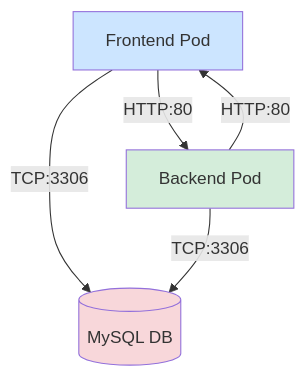
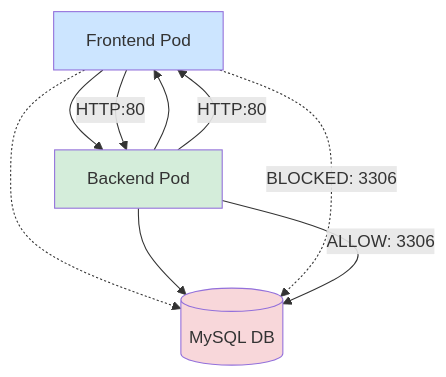
Before and after one commit to charankumar5/kubernetes-tutorial: the first of 2 diagrams in networkpolicies/readme.md, drawn with Mermaid.

Commit message:
network policies

````diff
--- a/networkpolicies/readme.md
+++ b/networkpolicies/readme.md
@@ -19,11 +19,17 @@
 ```mermaid
 graph TD
-    F[Frontend Pod] -->|HTTP:80| B[Backend Pod]
-    F -->|TCP:3306| DB[(MySQL DB)]
-    B -->|TCP:3306| DB
+    F[Frontend Pod] -.-> DB[(MySQL DB)]
+    B[Backend Pod] --> DB
+    F --> B
+    B --> F
+
+    %% Labels (separate for compatibility)
+    F -.->|BLOCKED: 3306| DB
+    B -->|ALLOW: 3306| DB
+    F -->|HTTP:80| B
     B -->|HTTP:80| F
 
     style F fill:#cce5ff
     style B fill:#d4edda
     style DB fill:#f8d7da
 ```
````
